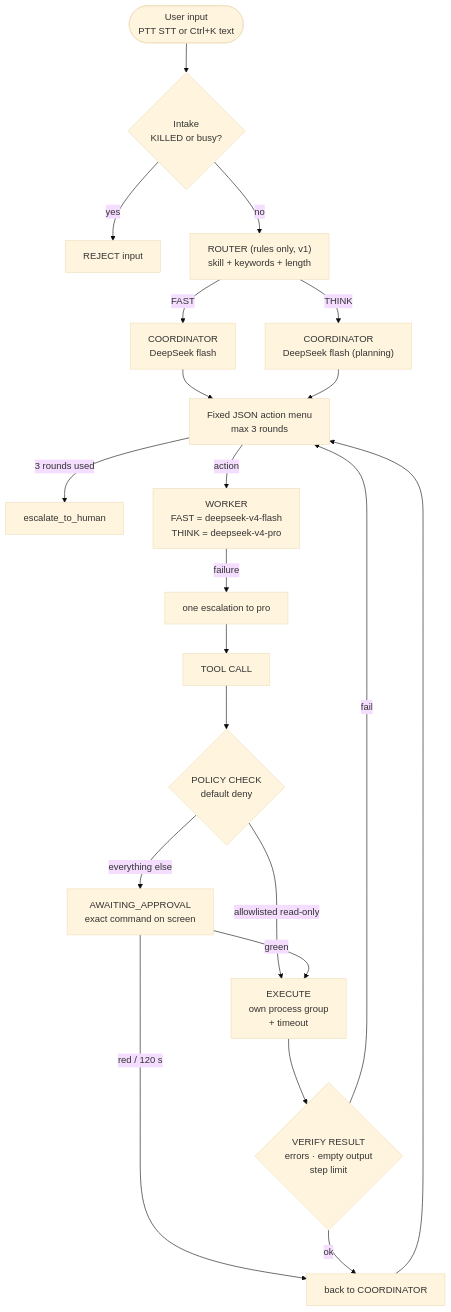
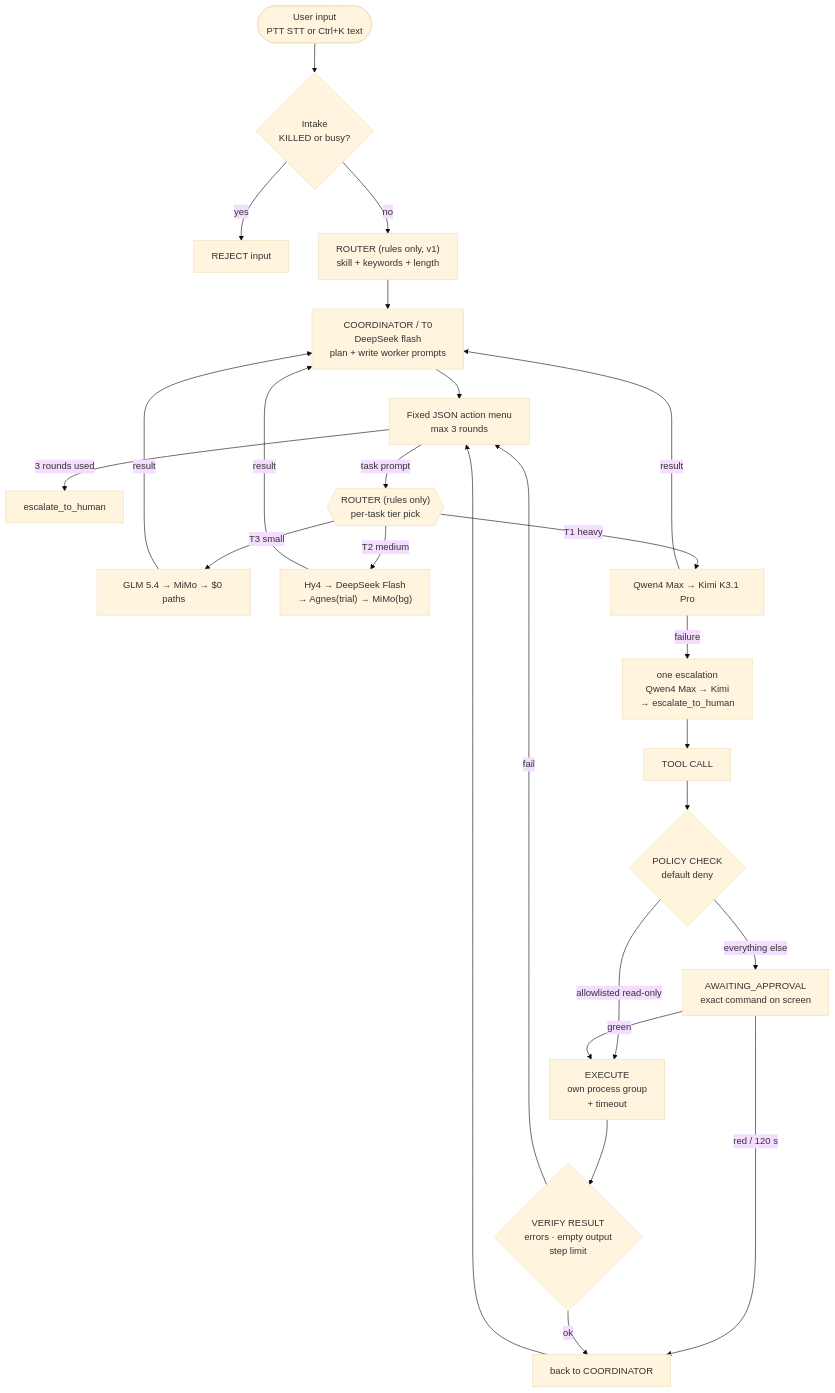
One commit to Daijay/si-console changed the third of 9 diagrams in docs/ARCHITECTURE_DIAGRAMS.md. Above: the diagram before and after it, drawn with Mermaid (base theme). The commit also changed other lines of this file and 1 other file, not shown here.

Commit message:
docs: align architecture docs with four-tier model roster

````diff
--- a/docs/ARCHITECTURE_DIAGRAMS.md
+++ b/docs/ARCHITECTURE_DIAGRAMS.md
@@ -131,25 +135,28 @@
 ```mermaid
 flowchart TD
     START(["User input<br/>PTT STT  or  Ctrl+K text"]) --> INTAKE{"Intake<br/>KILLED or busy?"}
     INTAKE -- yes --> REJECT["REJECT input"]
     INTAKE -- no --> ROUTER["ROUTER (rules only, v1)<br/>skill + keywords + length"]
 
-    ROUTER -->|FAST| CF["COORDINATOR<br/>DeepSeek flash"]
-    ROUTER -->|THINK| CP["COORDINATOR<br/>DeepSeek flash (planning)"]
-    CF & CP --> MENU["Fixed JSON action menu<br/>max 3 rounds"]
+    ROUTER --> O["COORDINATOR / T0<br/>DeepSeek flash<br/>plan + write worker prompts"]
+    O --> MENU["Fixed JSON action menu<br/>max 3 rounds"]
     MENU -->|3 rounds used| ESC["escalate_to_human"]
-    MENU -->|action| WORKER["WORKER<br/>FAST = deepseek-v4-flash<br/>THINK = deepseek-v4-pro"]
-    WORKER -->|failure| PRO["one escalation to pro"]
+    MENU -->|task prompt| R2{{"ROUTER (rules only)<br/>per-task tier pick"}}
+    R2 -->|T3 small| W3["GLM 5.4 → MiMo → $0 paths"]
+    R2 -->|T2 medium| W2["Hy4 → DeepSeek Flash<br/>→ Agnes(trial) → MiMo(bg)"]
+    R2 -->|T1 heavy| W1["Qwen4 Max → Kimi K3.1 Pro"]
+    W1 & W2 & W3 -->|result| O
+    W1 -->|failure| PRO["one escalation<br/>Qwen4 Max → Kimi<br/>→ escalate_to_human"]
     PRO --> TOOL["TOOL CALL"]
 
     TOOL --> POLICY{"POLICY CHECK<br/>default deny"}
     POLICY -- "allowlisted read-only" --> EXEC["EXECUTE<br/>own process group<br/>+ timeout"]
     POLICY -- "everything else" --> WAIT["AWAITING_APPROVAL<br/>exact command on screen"]
     WAIT -->|green| EXEC
     WAIT -->|red / 120 s| BACK["back to COORDINATOR"]
 
     EXEC --> VERIFY{"VERIFY RESULT<br/>errors · empty output<br/>step limit"}
     VERIFY -- ok --> BACK
     VERIFY -- fail --> MENU
     BACK --> MENU
 ```
````
